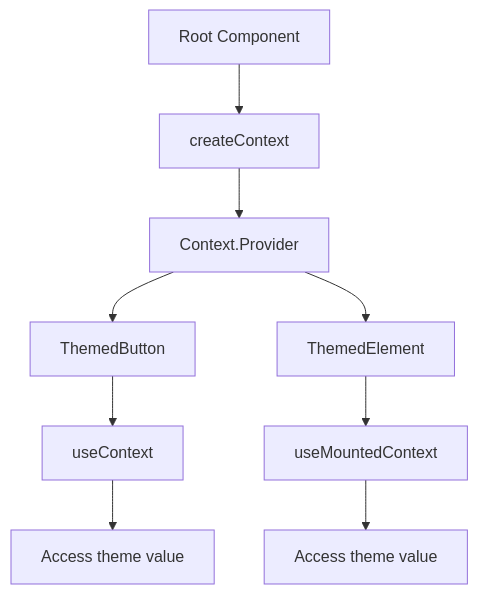
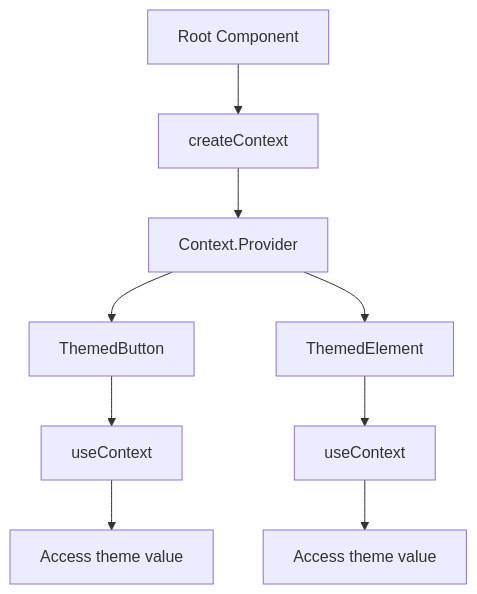
Before and after one commit to wobyjs/woby: the fifth of 6 diagrams in .qoder/repowiki/en/content/Examples.md, drawn with Mermaid. The commit also changed other lines of this file and 72 other files, not shown here.

````diff
--- a/.qoder/repowiki/en/content/Examples.md
+++ b/.qoder/repowiki/en/content/Examples.md
@@ -149,11 +149,11 @@
 ```mermaid
 graph TD
 A[Root Component] --> B[createContext]
 B --> C[Context.Provider]
 C --> D[ThemedButton]
 C --> E[ThemedElement]
 D --> F[useContext]
-E --> G[useMountedContext]
+E --> G[useContext]
 F --> H[Access theme value]
 G --> I[Access theme value]
 ```
````
